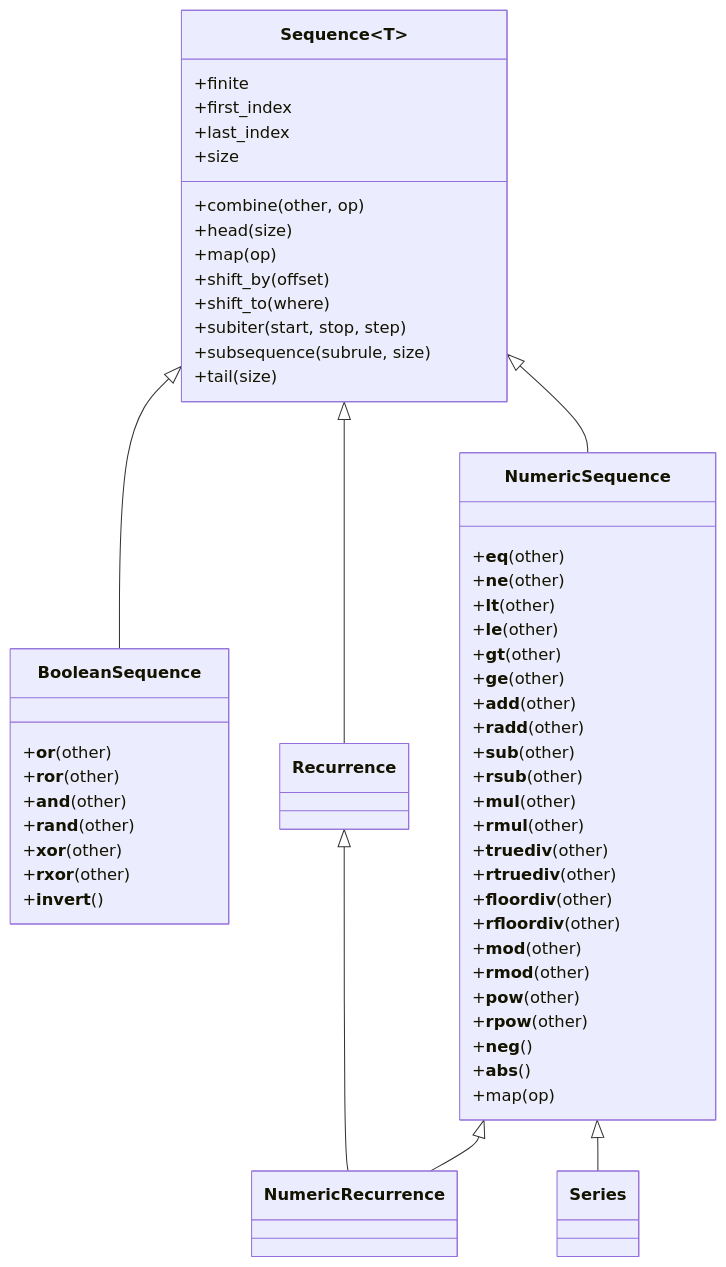
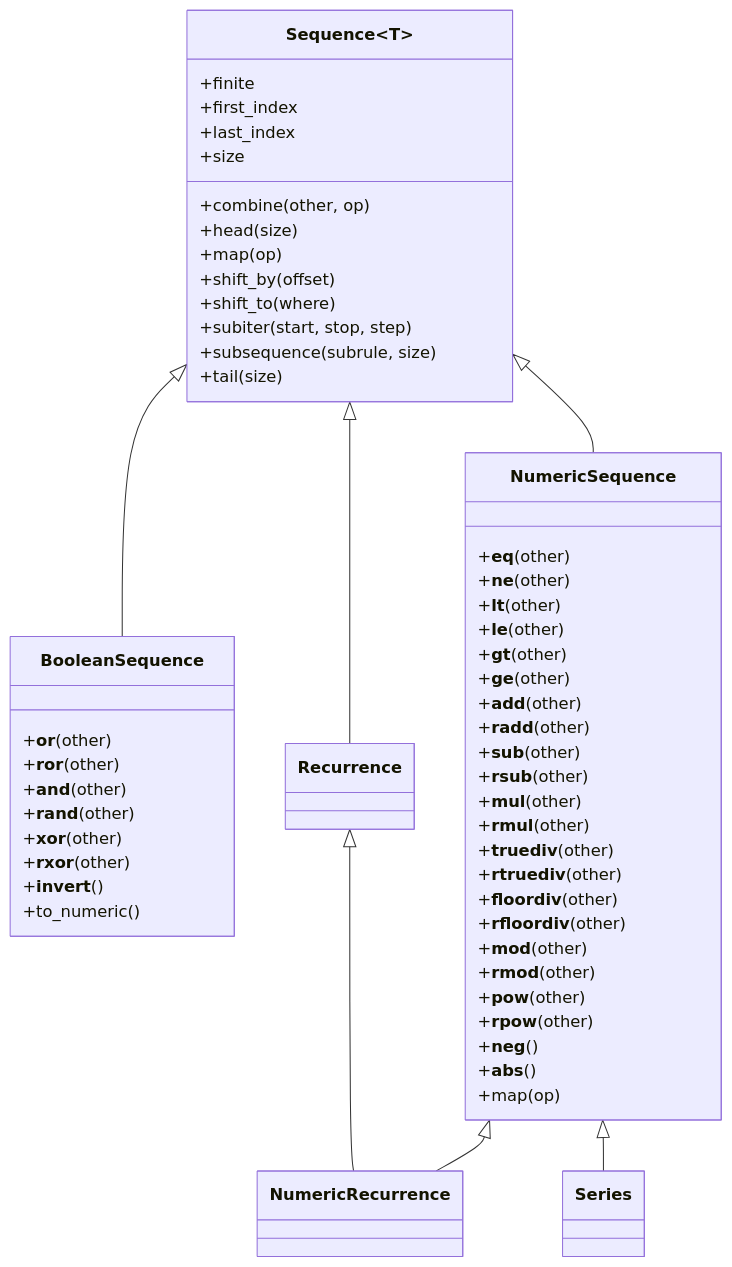
One commit to avikpln/calculus changed the diagram in ARCHITECTURE.md. Above: the diagram before and after it, drawn with Mermaid. The commit also changed 4 other files, not shown here.

First line of the commit message:
Add to_numeric() to BooleanSequence

````diff
--- a/ARCHITECTURE.md
+++ b/ARCHITECTURE.md
@@ -8,69 +8,70 @@
 ```mermaid
 classDiagram
     class Sequence~T~ {
         %% Attributes
         +finite
         +first_index
         +last_index
         +size
 
         %% Methods
         +combine(other, op)
         +head(size)
         +map(op)
         +shift_by(offset)
         +shift_to(where)
         +subiter(start, stop, step)
         +subsequence(subrule, size)
         +tail(size)
     }
 
     class BooleanSequence {
         %% Methods
         +__or__(other)
         +__ror__(other)
         +__and__(other)
         +__rand__(other)
         +__xor__(other)
         +__rxor__(other)
         +__invert__()
+        +to_numeric()
     }
 
     class NumericSequence {
         %% Methods
 		+__eq__(other)
 		+__ne__(other)
 		+__lt__(other)
 		+__le__(other)
 		+__gt__(other)
 		+__ge__(other)
         +__add__(other)
         +__radd__(other)
         +__sub__(other)
         +__rsub__(other)
         +__mul__(other)
         +__rmul__(other)
         +__truediv__(other)
         +__rtruediv__(other)
         +__floordiv__(other)
         +__rfloordiv__(other)
         +__mod__(other)
         +__rmod__(other)
         +__pow__(other)
         +__rpow__(other)
         +__neg__()
         +__abs__()
         +map(op)
     }
 
     Sequence <|-- BooleanSequence
 
     Sequence <|-- NumericSequence
 
     Sequence <|-- Recurrence
 
     NumericSequence <|-- NumericRecurrence
     Recurrence <|-- NumericRecurrence
 
     NumericSequence <|-- Series
 ```
````
